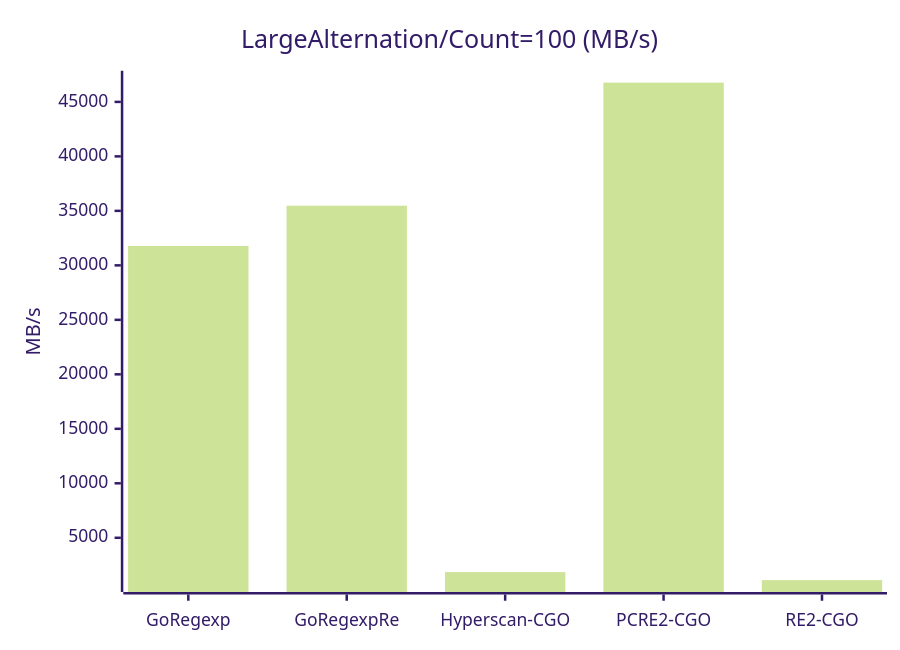
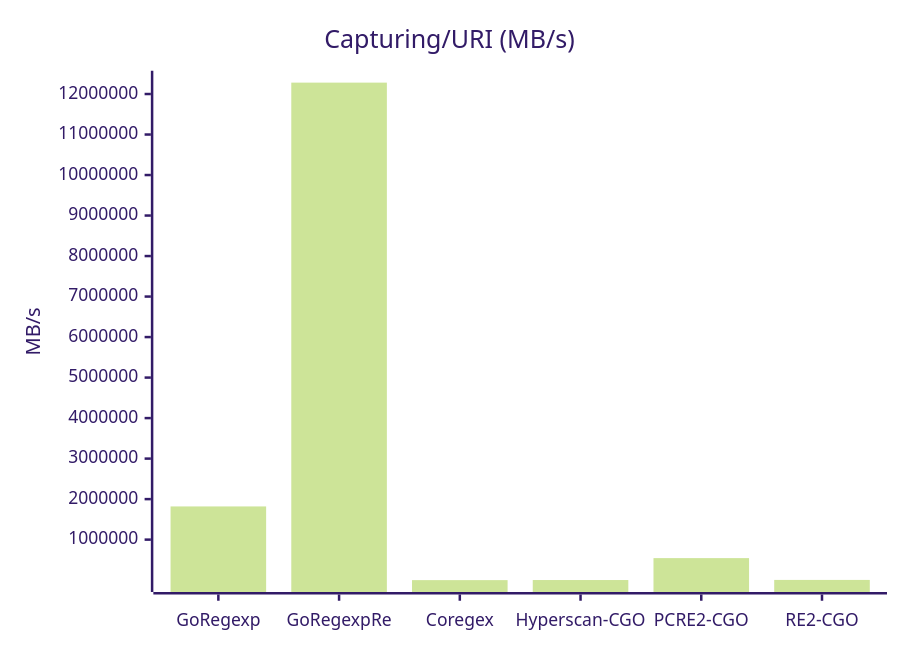
The seventh of 47 diagrams in _benchmark_results/cgo_engines.md (kamichidu/go-regexp-re), drawn with Mermaid (forest theme) before and after one commit. The commit also changed other lines of this file and 3 other files, not shown here.

````diff
--- a/_benchmark_results/cgo_engines.md
+++ b/_benchmark_results/cgo_engines.md
@@ -108,7 +160,7 @@
 ```mermaid
 xychart-beta
-    title "LargeAlternation/Count=100 (MB/s)"
-    x-axis ["GoRegexp", "GoRegexpRe", "Hyperscan-CGO", "PCRE2-CGO", "RE2-CGO"]
+    title "Capturing/URI (MB/s)"
+    x-axis ["GoRegexp", "GoRegexpRe", "Coregex", "Hyperscan-CGO", "PCRE2-CGO", "RE2-CGO"]
     y-axis "MB/s"
-    bar [31780.10, 35475.66, 1850.41, 46767.98, 1114.88]
+    bar [1819371.55, 12281158.58, 255.48, 2331.34, 543603.74, 5365.42]
 ```
````
